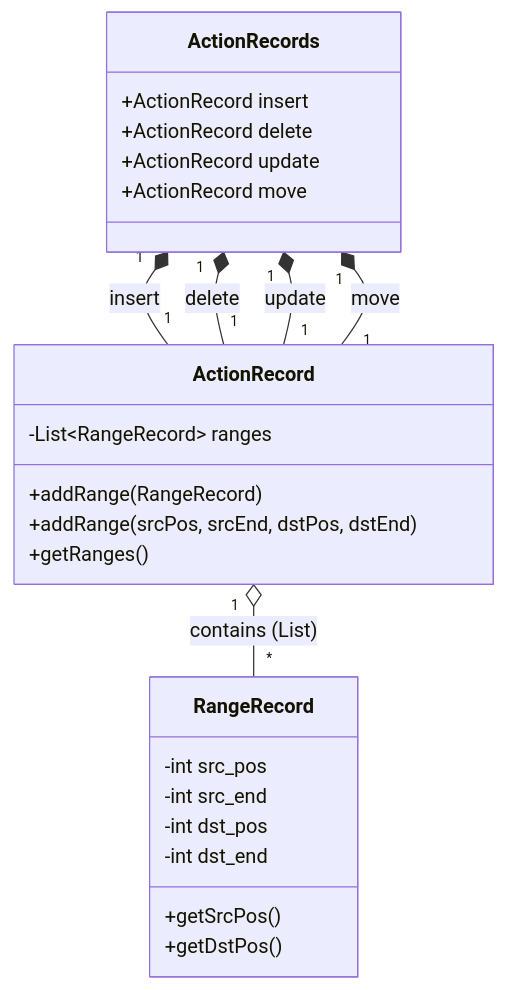
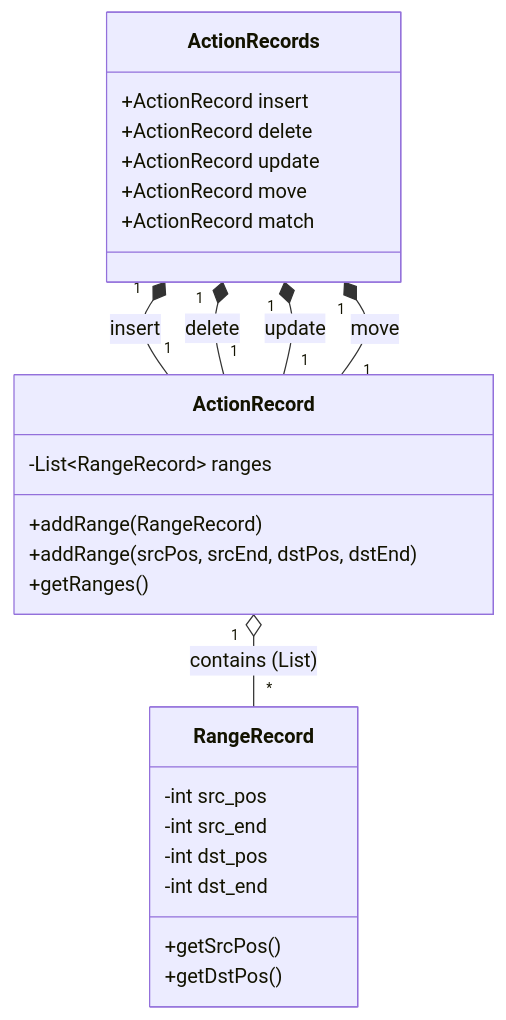
One commit to Kmura88/LGMatcherJsonExporter changed the diagram in README.md. Above: the diagram before and after it, drawn with Mermaid.

````diff
--- a/README.md
+++ b/README.md
@@ -49,38 +49,39 @@
 ```mermaid
 classDiagram
     %% メインのコンテナクラス
     class ActionRecords {
         +ActionRecord insert
         +ActionRecord delete
         +ActionRecord update
         +ActionRecord move
+		+ActionRecord match
     }
 
     %% リストを管理するラッパークラス
     class ActionRecord {
         -List~RangeRecord~ ranges
         +addRange(RangeRecord)
         +addRange(srcPos, srcEnd, dstPos, dstEnd)
         +getRanges()
     }
 
     %% データの最小単位（座標情報）
     class RangeRecord {
         -int src_pos
         -int src_end
         -int dst_pos
         -int dst_end
         +getSrcPos()
         +getDstPos()
     }
 
     %% 関係性の定義
     %% ActionRecords は insert, delete, update, move という役割で ActionRecord を持つ
     ActionRecords "1" *-- "1" ActionRecord : insert
     ActionRecords "1" *-- "1" ActionRecord : delete
     ActionRecords "1" *-- "1" ActionRecord : update
     ActionRecords "1" *-- "1" ActionRecord : move
 
     %% ActionRecord は 複数の RangeRecord を集約(リスト)している
     ActionRecord "1" o-- "*" RangeRecord : contains (List)
 ```
````
